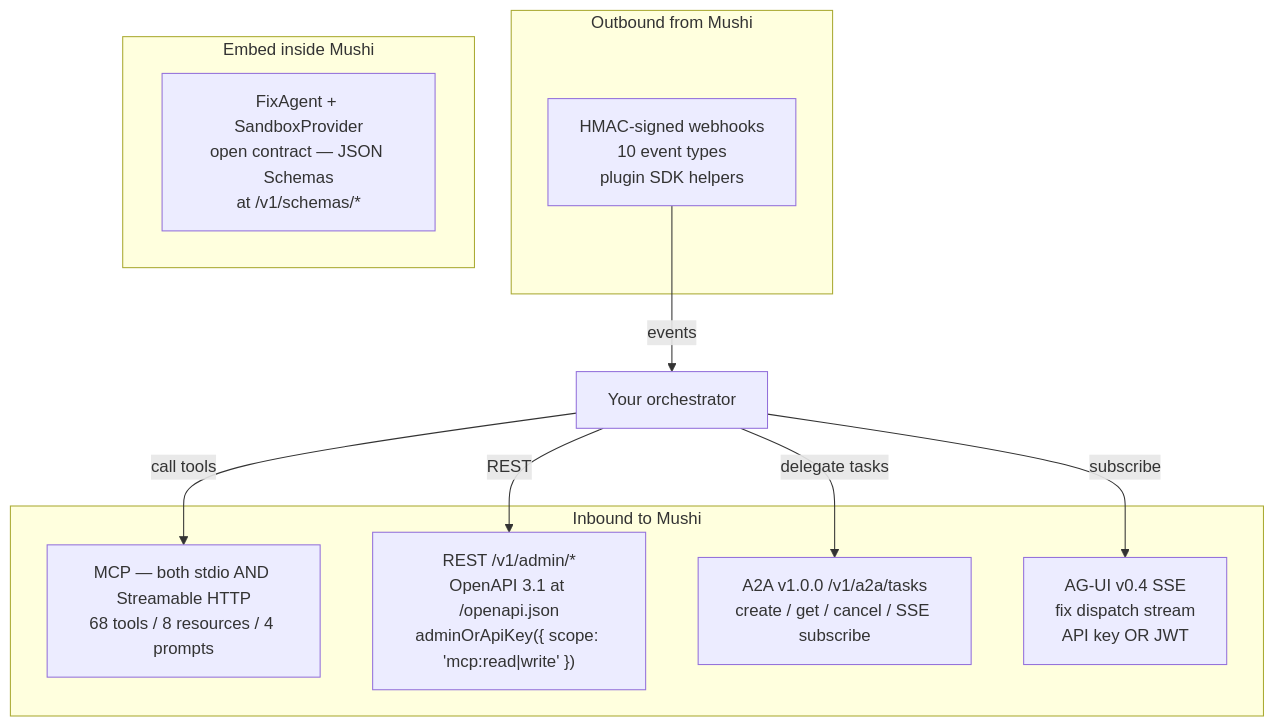
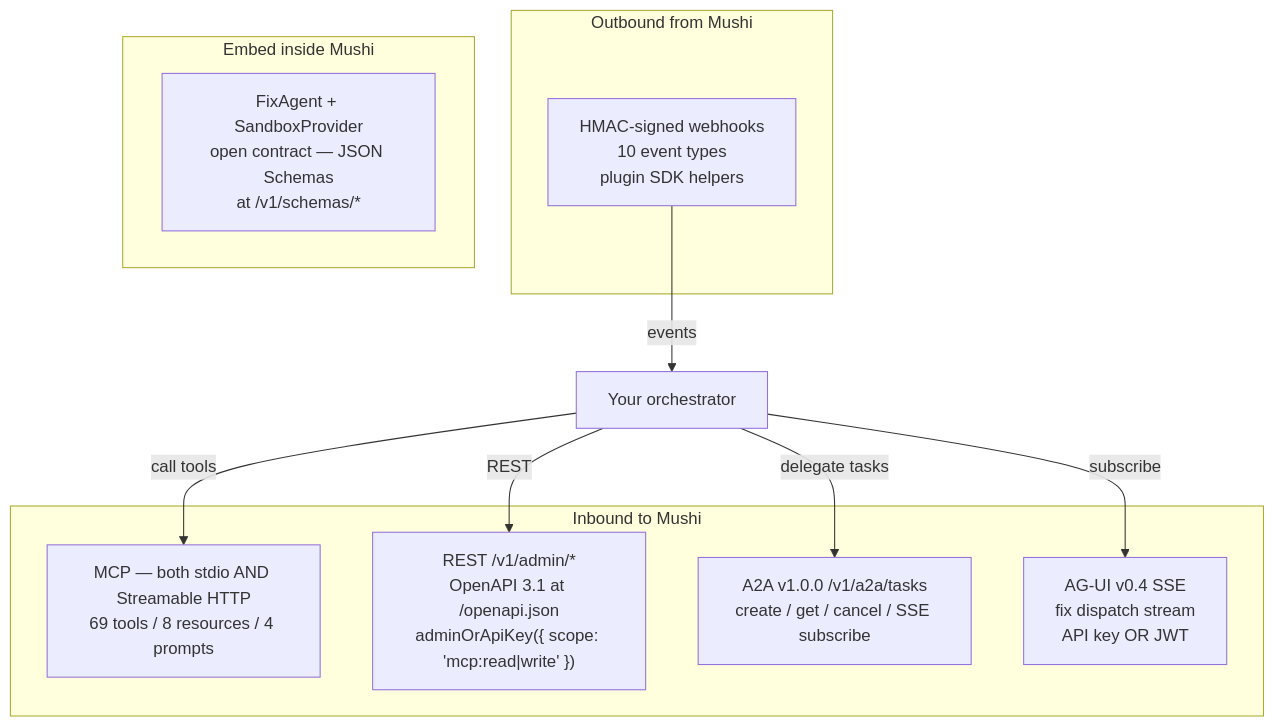
The diagram in apps/docs/content/concepts/orchestrator-interop.mdx (kensaurus/mushi-mushi), drawn with Mermaid before and after one commit. The commit also changed other lines of this file and 405 other files, not shown here.

````diff
--- a/apps/docs/content/concepts/orchestrator-interop.mdx
+++ b/apps/docs/content/concepts/orchestrator-interop.mdx
@@ -31,20 +31,20 @@
 ```mermaid
 flowchart TB
   subgraph Inbound["Inbound to Mushi"]
-    MCP["MCP — both stdio AND Streamable HTTP<br/>68 tools / 8 resources / 4 prompts"]
+    MCP["MCP — both stdio AND Streamable HTTP<br/>69 tools / 8 resources / 4 prompts"]
     REST["REST /v1/admin/*<br/>OpenAPI 3.1 at /openapi.json<br/>adminOrApiKey({ scope: 'mcp:read|write' })"]
     A2A["A2A v1.0.0 /v1/a2a/tasks<br/>create / get / cancel / SSE subscribe"]
     AGUI["AG-UI v0.4 SSE<br/>fix dispatch stream<br/>API key OR JWT"]
   end
   subgraph Outbound["Outbound from Mushi"]
     Hooks["HMAC-signed webhooks<br/>10 event types<br/>plugin SDK helpers"]
   end
   subgraph Native["Embed inside Mushi"]
     FA["FixAgent + SandboxProvider<br/>open contract — JSON Schemas<br/>at /v1/schemas/*"]
   end
   Orch["Your orchestrator"] -->|"call tools"| MCP
   Orch -->|"REST"| REST
   Orch -->|"delegate tasks"| A2A
   Orch -->|"subscribe"| AGUI
   Hooks -->|"events"| Orch
 ```
````
